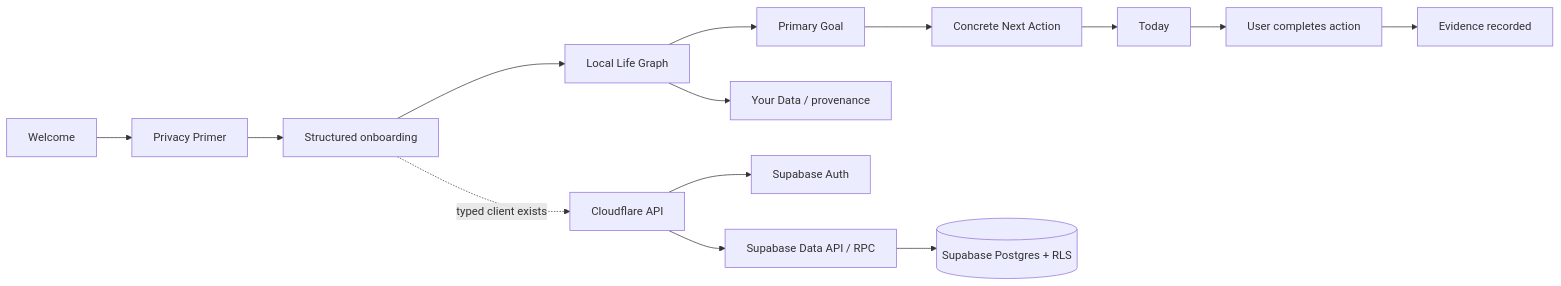
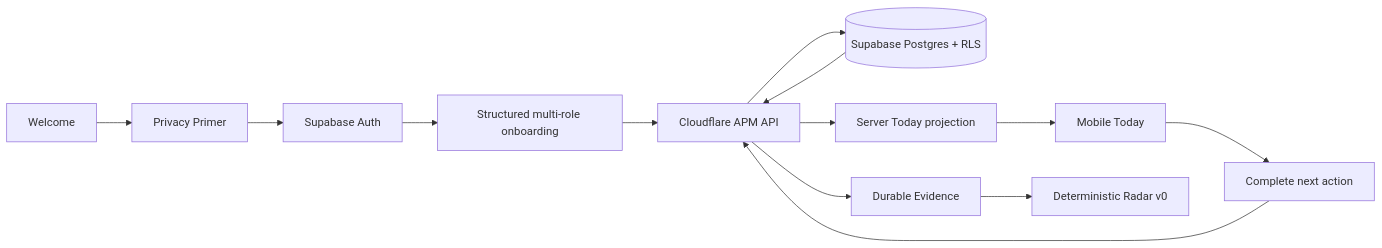
Before and after one commit to seq23/aplayer-mode: the first of 3 diagrams in docs/13-IMPLEMENTATION-STATUS.md, drawn with Mermaid. The commit also changed other lines of this file and 3 other files, not shown here.

Commit message:
docs: align auth persistence and Supabase Cloudflare architecture

````diff
--- a/docs/13-IMPLEMENTATION-STATUS.md
+++ b/docs/13-IMPLEMENTATION-STATUS.md
@@ -10,17 +10,15 @@
 ```mermaid
 flowchart LR
   W[Welcome] --> P[Privacy Primer]
-  P --> O[Structured onboarding]
-  O --> LG[Local Life Graph]
-  LG --> G[Primary Goal]
-  G --> A[Concrete Next Action]
-  A --> T[Today]
-  T --> C[User completes action]
-  C --> E[Evidence recorded]
-  LG --> Y[Your Data / provenance]
-
-  O -. typed client exists .-> API[Cloudflare API]
-  API --> AUTH[Supabase Auth]
-  API --> DATA[Supabase Data API / RPC]
-  DATA --> DB[(Supabase Postgres + RLS)]
+  P --> A[Supabase Auth]
+  A --> O[Structured multi-role onboarding]
+  O --> API[Cloudflare APM API]
+  API --> DB[(Supabase Postgres + RLS)]
+  DB --> API
+  API --> T[Server Today projection]
+  T --> M[Mobile Today]
+  M --> C[Complete next action]
+  C --> API
+  API --> E[Durable Evidence]
+  E --> R[Deterministic Radar v0]
 ```
````
